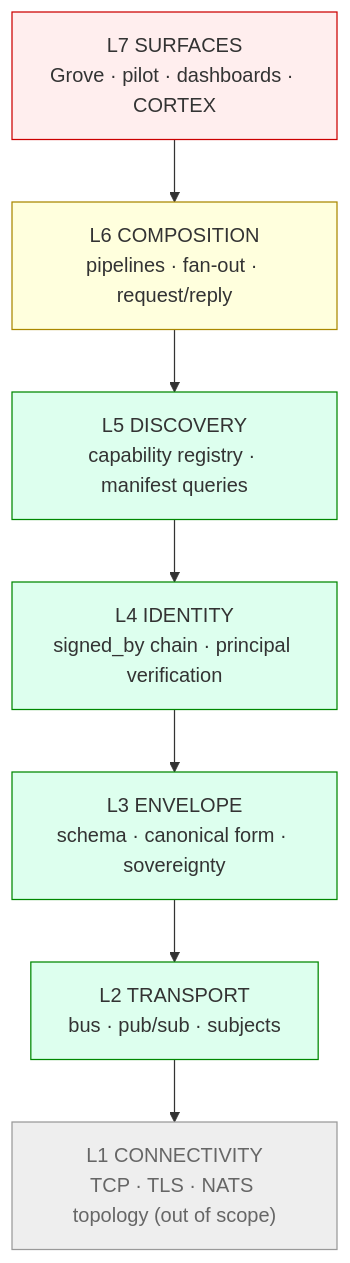
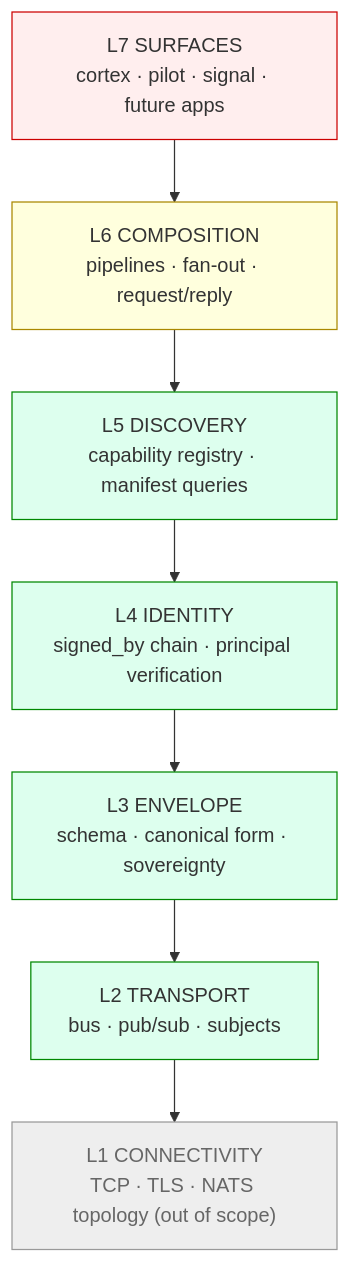
The diagram in docs/architecture.md (the-metafactory/myelin), drawn with Mermaid before and after one commit. The commit also changed other lines of this file, not shown here.

First line of the commit message:
docs(architecture): M7 surfaces row current — retire Grove + v4 CORTEX, name cortex/pilot/signal (audit §1, #240 item 5)

````diff
--- a/docs/architecture.md
+++ b/docs/architecture.md
@@ -48,19 +47,19 @@
 ```mermaid
 flowchart TB
-  L7["L7 SURFACES<br/>Grove · pilot · dashboards · CORTEX"]
+  L7["L7 SURFACES<br/>cortex · pilot · signal · future apps"]
   L6["L6 COMPOSITION<br/>pipelines · fan-out · request/reply"]
   L5["L5 DISCOVERY<br/>capability registry · manifest queries"]
   L4["L4 IDENTITY<br/>signed_by chain · principal verification"]
   L3["L3 ENVELOPE<br/>schema · canonical form · sovereignty"]
   L2["L2 TRANSPORT<br/>bus · pub/sub · subjects"]
   L1["L1 CONNECTIVITY<br/>TCP · TLS · NATS topology (out of scope)"]
   L7 --> L6 --> L5 --> L4 --> L3 --> L2 --> L1
   classDef oos fill:#eee,stroke:#999,color:#666;
   classDef impl fill:#dfe,stroke:#080;
   classDef partial fill:#ffd,stroke:#a80;
   classDef pend fill:#fee,stroke:#c00;
   class L1 oos;
   class L2,L3,L4,L5 impl;
   class L6 partial;
   class L7 pend;
 ```
````
